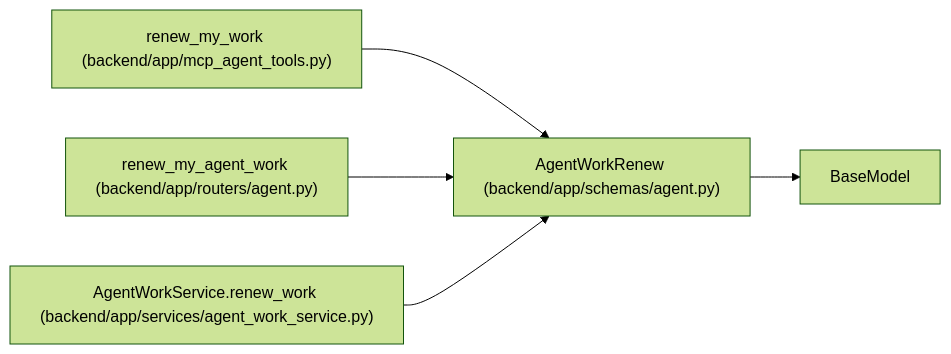
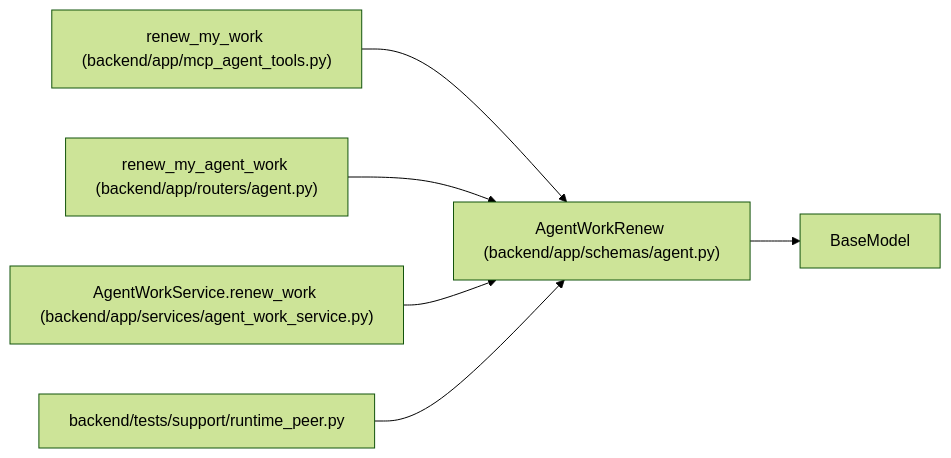
One commit to Denissvgn/WorkChord changed the diagram in docs/llm_wiki/entities/AgentWorkRenew.md. Above: the diagram before and after it, drawn with Mermaid (forest theme). The commit also changed other lines of this file and 6624 other files, not shown here.

````diff
--- a/docs/llm_wiki/entities/AgentWorkRenew.md
+++ b/docs/llm_wiki/entities/AgentWorkRenew.md
@@ -36,16 +36,19 @@
 ```mermaid
 flowchart LR
     n0["AgentWorkRenew (backend/app/schemas/agent.py)"]
     n1["BaseModel"]
     n2["renew_my_work (backend/app/mcp_agent_tools.py)"]
     n3["renew_my_agent_work (backend/app/routers/agent.py)"]
     n4["AgentWorkService.renew_work (backend/app/services/agent_work_service.py)"]
+    n5["backend/tests/support/runtime_peer.py"]
     n0 --> n1
     n2 --> n0
     n3 --> n0
     n4 --> n0
+    n5 --> n0
     click n0 "../modules/schemas_agent.md"
     click n2 "../modules/mcp_agent_tools.md"
     click n3 "../modules/routers_agent.md"
     click n4 "../modules/agent_work_service.md"
+    click n5 "../modules/runtime_peer.md"
 ```
````
